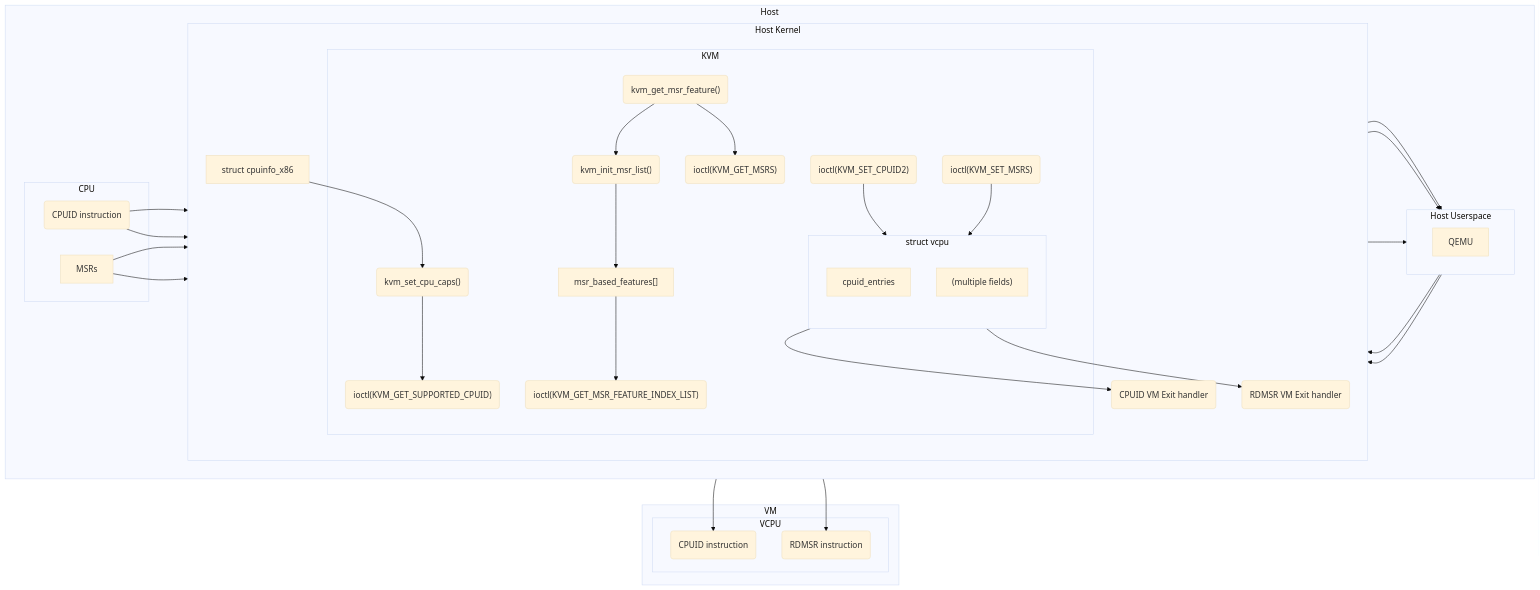
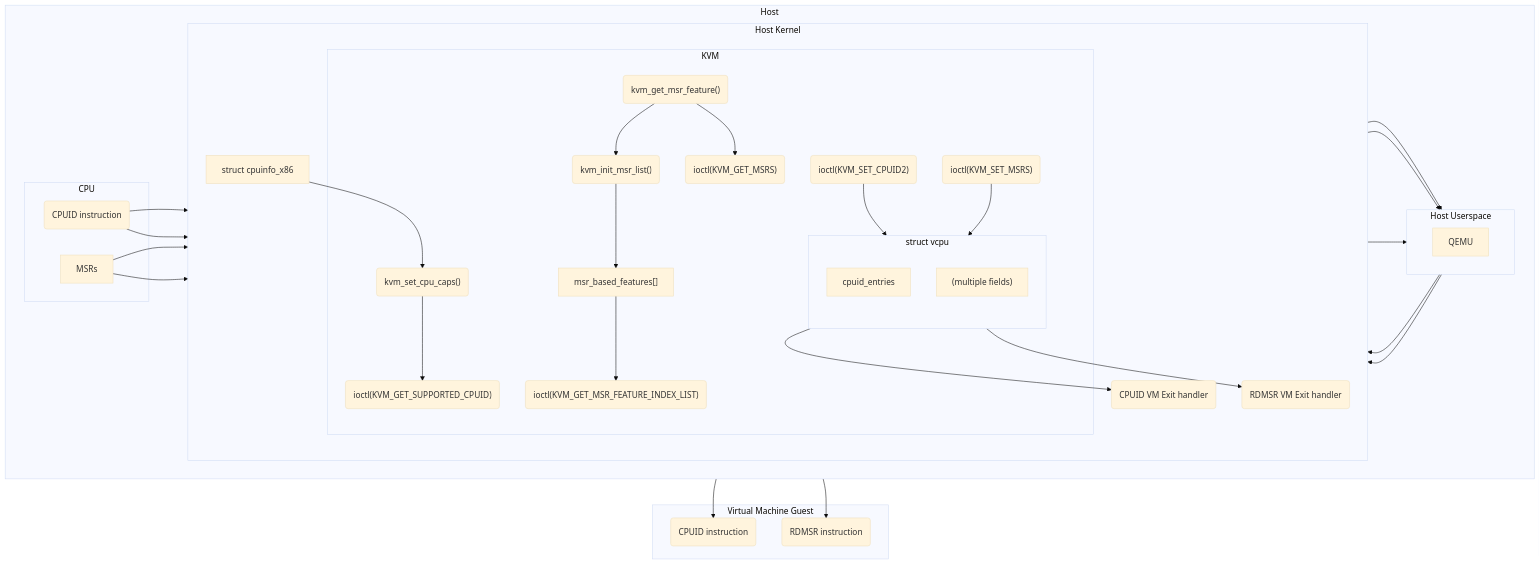
One commit to ehabkost/habkost.net changed the second of 3 diagrams in habkost-net/pages/draft-cpuid.markdown. Above: the diagram before and after it, drawn with Mermaid (base theme). The commit also changed other lines of this file, not shown here.

````diff
--- a/habkost-net/pages/draft-cpuid.markdown
+++ b/habkost-net/pages/draft-cpuid.markdown
@@ -312,77 +315,74 @@
 ```mermaid
 flowchart TB
     subgraph Host
         direction LR
 
         subgraph CPU
             cpuid(CPUID instruction)
             msrs[MSRs]
         end
         cpuid --> cpuinfo_x86
         msrs --> cpuinfo_x86
 
         subgraph Host Userspace
             direction LR
             qemu["QEMU"]
         end
 
         KVM_GET_SUPPORTED_CPUID --> qemu
         KVM_GET_MSRS --> qemu
         KVM_GET_MSR_FEATURE_INDEX_LIST --> qemu
         qemu --> KVM_SET_CPUID2
         qemu --> KVM_SET_MSRS
 
         subgraph Host Kernel
             direction TB
             cpuinfo_x86[struct cpuinfo_x86]
             subgraph KVM
                 kvm_set_cpu_caps("kvm_set_cpu_caps()")
                 kvm_get_msr_feature("kvm_get_msr_feature()")
                 kvm_init_msr_list("kvm_init_msr_list()")
 
                 msr_based_features["msr_based_features[]"]
 
                 KVM_GET_SUPPORTED_CPUID("ioctl(KVM_GET_SUPPORTED_CPUID)")
                 KVM_GET_MSR_FEATURE_INDEX_LIST("ioctl(KVM_GET_MSR_FEATURE_INDEX_LIST)")
                 KVM_GET_MSRS("ioctl(KVM_GET_MSRS)")
                 KVM_SET_CPUID2("ioctl(KVM_SET_CPUID2)")
                 KVM_SET_MSRS("ioctl(KVM_SET_MSRS)")
 
                 subgraph vcpu[struct vcpu]
                     direction TB
 
                     vcpu_cpuid_entries[cpuid_entries]
                     msr_fields["(multiple fields)"]
                 end
 
                 kvm_set_cpu_caps --> KVM_GET_SUPPORTED_CPUID
                 kvm_get_msr_feature --> kvm_init_msr_list
                 kvm_get_msr_feature --> KVM_GET_MSRS
                 msrs --> kvm_init_msr_list
                 kvm_init_msr_list --> msr_based_features
                 msr_based_features --> KVM_GET_MSR_FEATURE_INDEX_LIST
 
             end
             cpuinfo_x86 --> kvm_set_cpu_caps
             cpuid --> kvm_set_cpu_caps
             cpuid_handler(CPUID VM Exit handler)
             rdmsr_handler(RDMSR VM Exit handler)
             vcpu_cpuid_entries --> cpuid_handler
             msr_fields --> rdmsr_handler
         end
     end
 
     cpuid_handler --> vm_cpuid
     rdmsr_handler --> vm_rdmsr
 
-    subgraph VM
-        subgraph VCPU
+    subgraph Virtual Machine Guest
             vm_cpuid("CPUID instruction")
             vm_rdmsr("RDMSR instruction")
             KVM_SET_CPUID2 --> vcpu_cpuid_entries
             KVM_SET_MSRS --> msr_fields
-
-        end
     end
 
 ```
````
